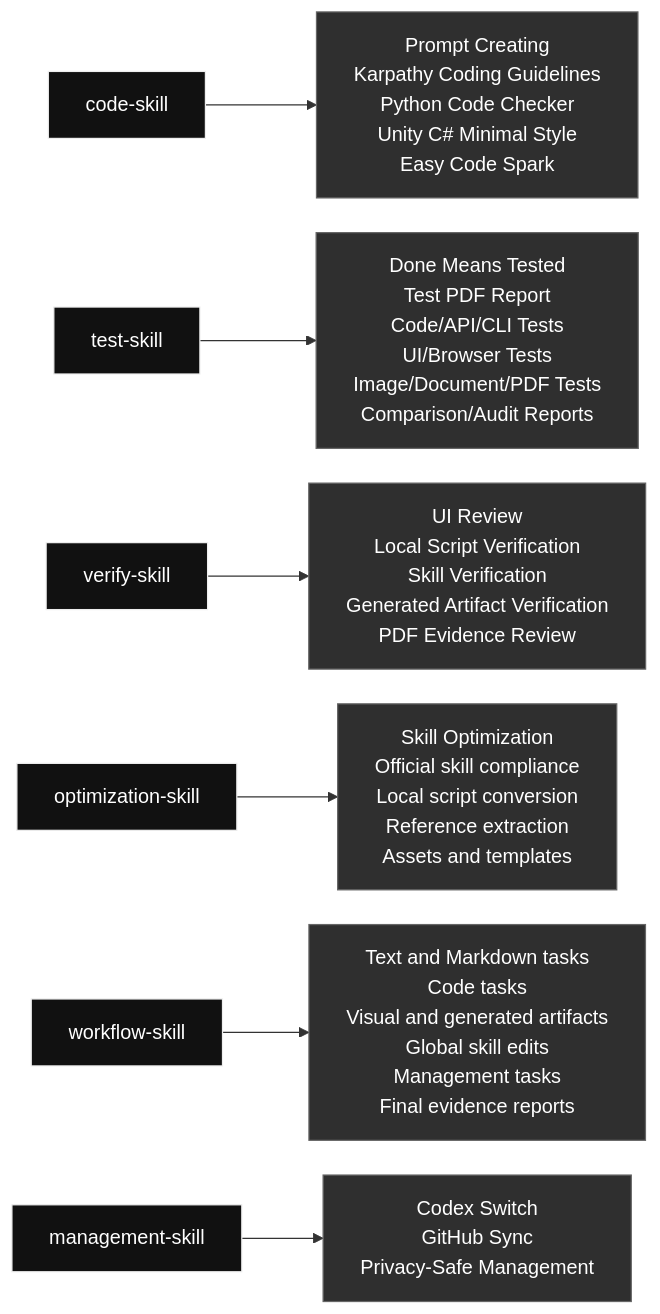
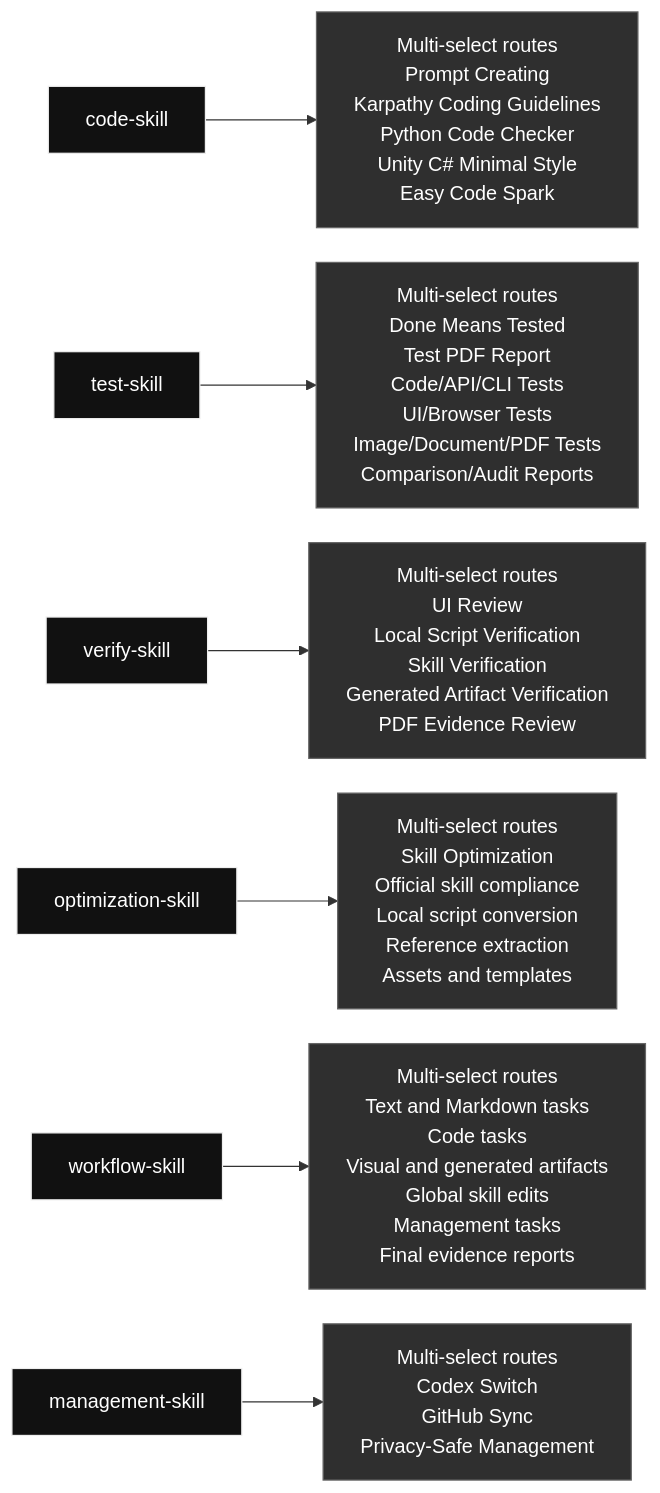
Before and after one commit to qinbatista/qin-codex-skills: the diagram in README.md, drawn with Mermaid. The commit also changed other lines of this file and 17 other files, not shown here.

Commit message:
Clarify multi-select skill routing

````diff
--- a/README.md
+++ b/README.md
@@ -7,14 +7,14 @@
 ```mermaid
 %%{init: {"flowchart": {"nodeSpacing": 28, "rankSpacing": 54, "wrappingWidth": 240}}}%%
 flowchart LR
-  skill_code_skill["code-skill"] --> inside_code_skill["Prompt Creating<br/>Karpathy Coding Guidelines<br/>Python Code Checker<br/>Unity C# Minimal Style<br/>Easy Code Spark"]
-  skill_test_skill["test-skill"] --> inside_test_skill["Done Means Tested<br/>Test PDF Report<br/>Code/API/CLI Tests<br/>UI/Browser Tests<br/>Image/Document/PDF Tests<br/>Comparison/Audit Reports"]
-  skill_verify_skill["verify-skill"] --> inside_verify_skill["UI Review<br/>Local Script Verification<br/>Skill Verification<br/>Generated Artifact Verification<br/>PDF Evidence Review"]
-  skill_optimization_skill["optimization-skill"] --> inside_optimization_skill["Skill Optimization<br/>Official skill compliance<br/>Local script conversion<br/>Reference extraction<br/>Assets and templates"]
-  skill_workflow_skill["workflow-skill"] --> inside_workflow_skill["Text and Markdown tasks<br/>Code tasks<br/>Visual and generated artifacts<br/>Global skill edits<br/>Management tasks<br/>Final evidence reports"]
-  skill_management_skill["management-skill"] --> inside_management_skill["Codex Switch<br/>GitHub Sync<br/>Privacy-Safe Management"]
+  skill_code_skill["code-skill"] --> inside_code_skill["Multi-select routes<br/>Prompt Creating<br/>Karpathy Coding Guidelines<br/>Python Code Checker<br/>Unity C# Minimal Style<br/>Easy Code Spark"]
+  skill_test_skill["test-skill"] --> inside_test_skill["Multi-select routes<br/>Done Means Tested<br/>Test PDF Report<br/>Code/API/CLI Tests<br/>UI/Browser Tests<br/>Image/Document/PDF Tests<br/>Comparison/Audit Reports"]
+  skill_verify_skill["verify-skill"] --> inside_verify_skill["Multi-select routes<br/>UI Review<br/>Local Script Verification<br/>Skill Verification<br/>Generated Artifact Verification<br/>PDF Evidence Review"]
+  skill_optimization_skill["optimization-skill"] --> inside_optimization_skill["Multi-select routes<br/>Skill Optimization<br/>Official skill compliance<br/>Local script conversion<br/>Reference extraction<br/>Assets and templates"]
+  skill_workflow_skill["workflow-skill"] --> inside_workflow_skill["Multi-select routes<br/>Text and Markdown tasks<br/>Code tasks<br/>Visual and generated artifacts<br/>Global skill edits<br/>Management tasks<br/>Final evidence reports"]
+  skill_management_skill["management-skill"] --> inside_management_skill["Multi-select routes<br/>Codex Switch<br/>GitHub Sync<br/>Privacy-Safe Management"]
   classDef skill fill:#111,color:#fff,stroke:#eee;
   classDef content fill:#2f2f2f,color:#fff,stroke:#666;
   class skill_code_skill,skill_test_skill,skill_verify_skill,skill_optimization_skill,skill_workflow_skill,skill_management_skill skill;
   class inside_code_skill,inside_test_skill,inside_verify_skill,inside_optimization_skill,inside_workflow_skill,inside_management_skill content;
 ```
````
